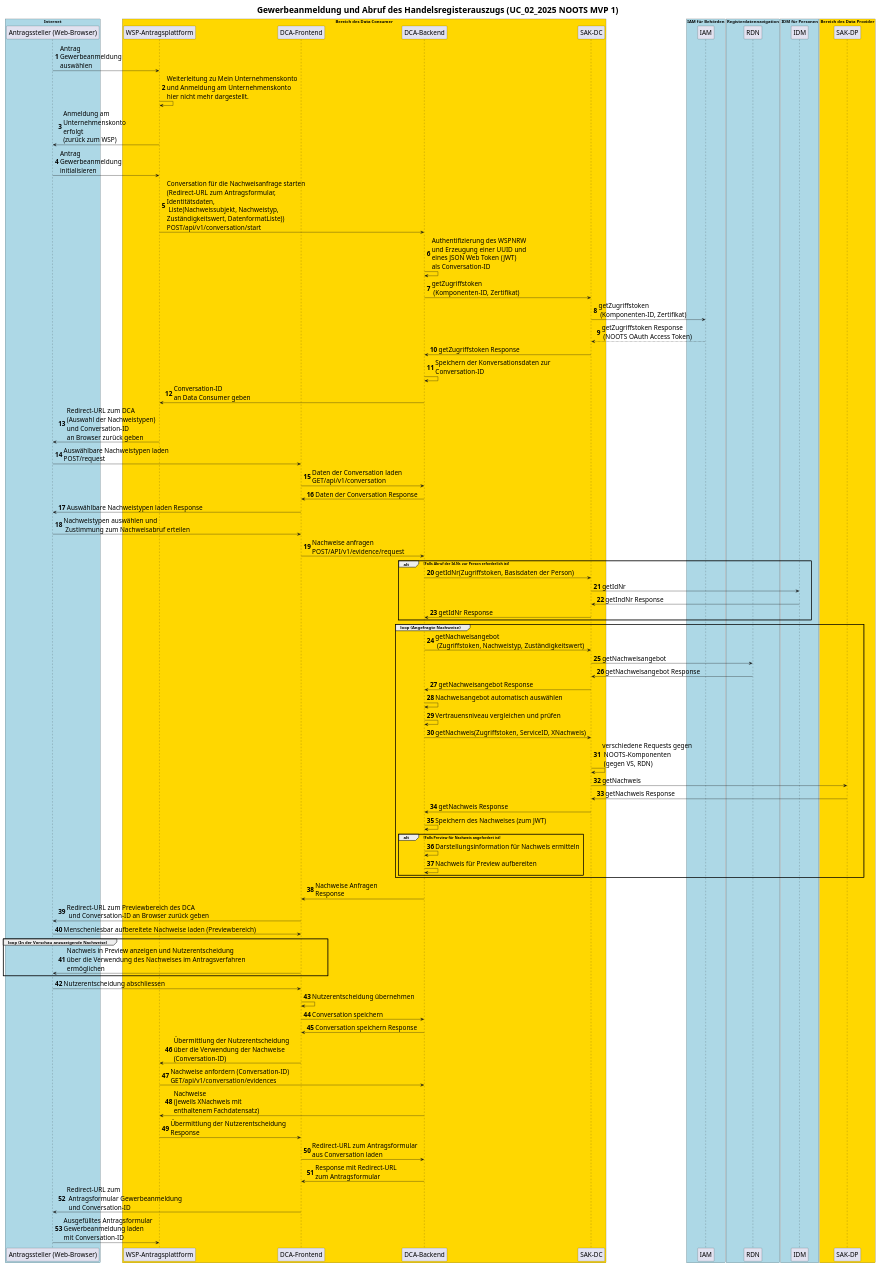
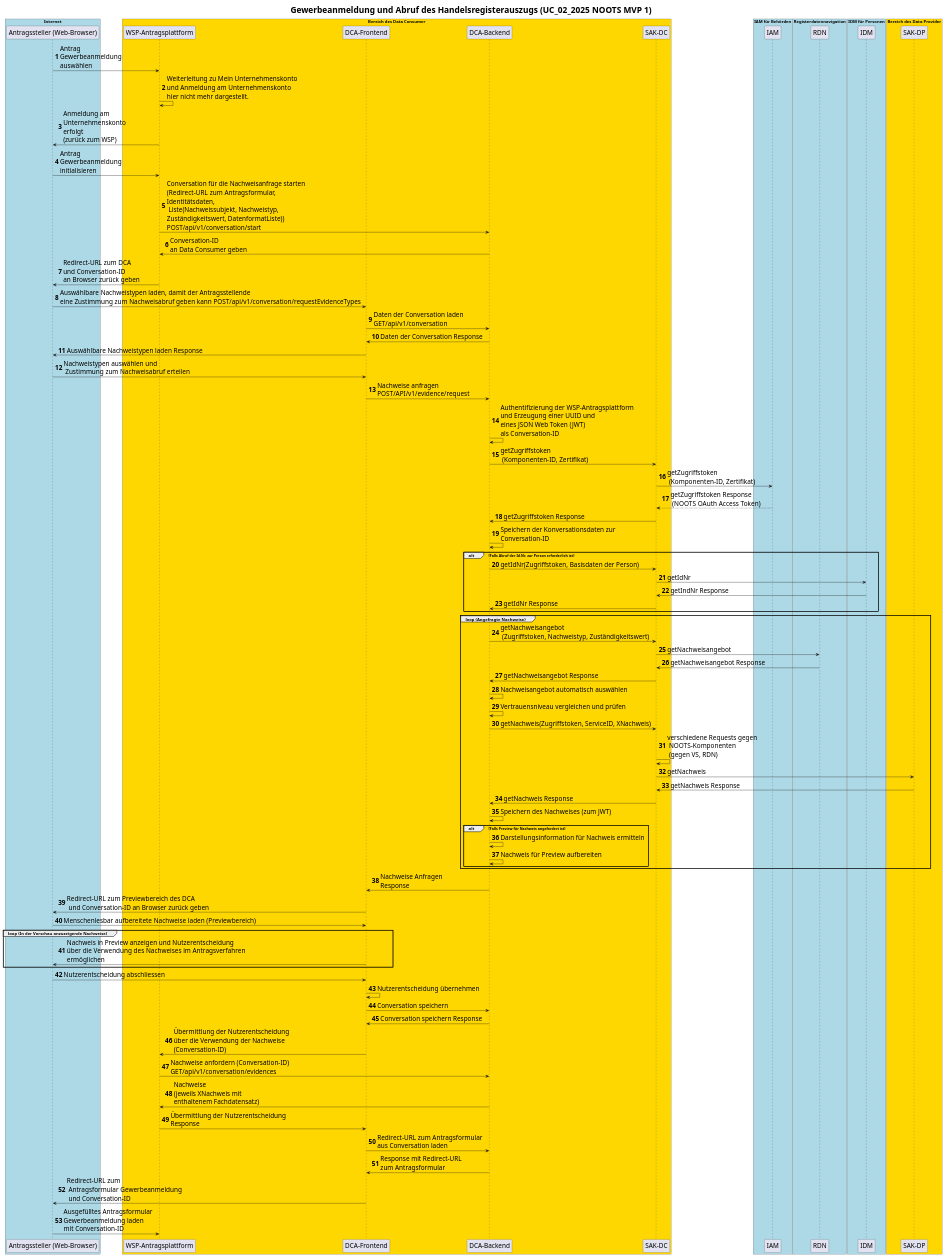
One commit to Santeprivat/DCA changed the diagram in DCA_Sequenzdiagramm.plantuml. Above: the diagram before and after it, drawn with PlantUML. The commit also changed 2 other files, not shown here.

Commit message:
modified:   DCA_Sequenzdiagramm.plantuml modified:   dca-api.yaml modified:   readme.md

```diff
--- a/DCA_Sequenzdiagramm.plantuml
+++ b/DCA_Sequenzdiagramm.plantuml
@@ -1,121 +1,122 @@
 @startuml
 title Gewerbeanmeldung und Abruf des Handelsregisterauszugs (UC_02_2025 NOOTS MVP 1)
 
 autonumber
 skinparam ArrowFontSize 20
 skinparam ParticipantFontSize 20
 skinparam TitleFontSize 26
  
 box "Internet" #LightBlue
 participant "Antragssteller (Web-Browser)" as WEB
 end box
 
 box "Bereich des Data Consumer" #Gold
 participant "WSP-Antragsplattform" as WSPNRW
 participant "DCA-Frontend" as DCAFE
 participant "DCA-Backend" as DCABE
 participant "SAK-DC" as SAKDC
 end box
 
 box "IAM für Behörden" #LightBlue
 participant IAM as IAM 
 end box
 
 box "Registerdatennavigation" #LightBlue
 participant RDN as RDN
 end box
 
 box "IDM für Personen" #LightBlue
 participant IDM as IDM 
 end box
 
 box "Bereich des Data Provider" #Gold
 participant "SAK-DP" as SAKDP
 end box
 
 WEB->WSPNRW: Antrag \nGewerbeanmeldung \nauswählen
 WSPNRW->WSPNRW: Weiterleitung zu Mein Unternehmenskonto \nund Anmeldung am Unternehmenskonto \nhier nicht mehr dargestellt.
 WSPNRW->WEB: Anmeldung am \nUnternehmenskonto \nerfolgt \n(zurück zum WSP) 
 WEB->WSPNRW: Antrag \nGewerbeanmeldung \ninitialisieren
 
 WSPNRW->DCABE: Conversation für die Nachweisanfrage starten \n(Redirect-URL zum Antragsformular, \nIdentitätsdaten, \n Liste(Nachweissubjekt, Nachweistyp, \nZuständigkeitswert, DatenformatListe))\nPOST/api/v1/conversation/start
-DCABE->DCABE: Authentifizierung des WSPNRW \nund Erzeugung einer UUID und \neines JSON Web Token (JWT) \nals Conversation-ID
-DCABE->SAKDC: getZugriffstoken \n (Komponenten-ID, Zertifikat)  
-SAKDC->IAM: getZugriffstoken \n (Komponenten-ID, Zertifikat)
-IAM-->SAKDC: getZugriffstoken Response \n (NOOTS OAuth Access Token)
-SAKDC->DCABE: getZugriffstoken Response
-DCABE->DCABE: Speichern der Konversationsdaten zur \nConversation-ID 
 DCABE->WSPNRW: Conversation-ID \nan Data Consumer geben
-WSPNRW->WEB: Redirect-URL zum DCA \n(Auswahl der Nachweistypen) \nund Conversation-ID \nan Browser zurück geben
-WEB->DCAFE: Auswählbare Nachweistypen laden \nPOST/request
+WSPNRW->WEB: Redirect-URL zum DCA\nund Conversation-ID \nan Browser zurück geben
+WEB->DCAFE: Auswählbare Nachweistypen laden, damit der Antragsstellende \neine Zustimmung zum Nachweisabruf geben kann POST/api/v1/conversation/requestEvidenceTypes
 DCAFE->DCABE: Daten der Conversation laden\nGET/api/v1/conversation
 
 DCABE->DCAFE: Daten der Conversation Response
 DCAFE->WEB: Auswählbare Nachweistypen laden Response
 WEB->DCAFE: Nachweistypen auswählen und \n Zustimmung zum Nachweisabruf erteilen
 DCAFE->DCABE: Nachweise anfragen\nPOST/API/v1/evidence/request 
+
+DCABE->DCABE: Authentifizierung der WSP-Antragsplattform \nund Erzeugung einer UUID und \neines JSON Web Token (JWT) \nals Conversation-ID
+DCABE->SAKDC: getZugriffstoken \n (Komponenten-ID, Zertifikat)  
+SAKDC->IAM: getZugriffstoken \n (Komponenten-ID, Zertifikat)
+IAM-->SAKDC: getZugriffstoken Response \n (NOOTS OAuth Access Token)
+SAKDC->DCABE: getZugriffstoken Response
+DCABE->DCABE: Speichern der Konversationsdaten zur \nConversation-ID 
 
 alt Falls Abruf der Id.Nr. zur Person erforderlich ist
 
 DCABE->SAKDC: getIdNr(Zugriffstoken, Basisdaten der Person) 
 SAKDC->IDM: getIdNr 
 IDM->SAKDC: getIndNr Response
 SAKDC->DCABE: getIdNr Response
 
 end
 
 group loop (Angefragte Nachweise)
 
 DCABE->SAKDC: getNachweisangebot \n (Zugriffstoken, Nachweistyp, Zuständigkeitswert) 
 SAKDC->RDN: getNachweisangebot 
 RDN->SAKDC: getNachweisangebot Response
 SAKDC->DCABE: getNachweisangebot Response 
 
 DCABE->DCABE: Nachweisangebot automatisch auswählen
 DCABE->DCABE: Vertrauensniveau vergleichen und prüfen 
 
 DCABE->SAKDC: getNachweis(Zugriffstoken, ServiceID, XNachweis) 
 SAKDC->SAKDC: verschiedene Requests gegen \n NOOTS-Komponenten \n (gegen VS, RDN)
 SAKDC->SAKDP: getNachweis
 SAKDP->SAKDC: getNachweis Response  
 SAKDC->DCABE: getNachweis Response 
 
 DCABE->DCABE: Speichern des Nachweises (zum JWT)  
 
 alt Falls Preview für Nachweis angefordert ist
 
 DCABE->DCABE: Darstellungsinformation für Nachweis ermitteln
 DCABE->DCABE: Nachweis für Preview aufbereiten
 
 end 
 
 end
 
 DCABE->DCAFE: Nachweise Anfragen \nResponse   
 DCAFE->WEB: Redirect-URL zum Previewbereich des DCA \n und Conversation-ID an Browser zurück geben
 WEB->DCAFE: Menschenlesbar aufbereitete Nachweise laden (Previewbereich) 
 
 group loop (In der Vorschau anzuzeigende Nachweise)
 
 DCAFE->WEB: Nachweis in Preview anzeigen und Nutzerentscheidung \nüber die Verwendung des Nachweises im Antragsverfahren \nermöglichen
 
 end
 
 WEB->DCAFE: Nutzerentscheidung abschliessen
 DCAFE->DCAFE: Nutzerentscheidung übernehmen
 
 DCAFE->DCABE: Conversation speichern
 DCABE->DCAFE: Conversation speichern Response
 
 DCAFE->WSPNRW: Übermittlung der Nutzerentscheidung \nüber die Verwendung der Nachweise \n(Conversation-ID)
 WSPNRW->DCABE: Nachweise anfordern (Conversation-ID)\nGET/api/v1/conversation/evidences
 DCABE->WSPNRW: Nachweise \n(jeweils XNachweis mit \nenthaltenem Fachdatensatz)
 WSPNRW->DCAFE: Übermittlung der Nutzerentscheidung \nResponse  
 
 DCAFE->DCABE: Redirect-URL zum Antragsformular \naus Conversation laden
 DCABE->DCAFE: Response mit Redirect-URL \nzum Antragsformular 
 
 DCAFE->WEB: Redirect-URL zum \n Antragsformular Gewerbeanmeldung \n und Conversation-ID
 WEB->WSPNRW: Ausgefülltes Antragsformular \nGewerbeanmeldung laden \nmit Conversation-ID 
 
 @enduml
```
